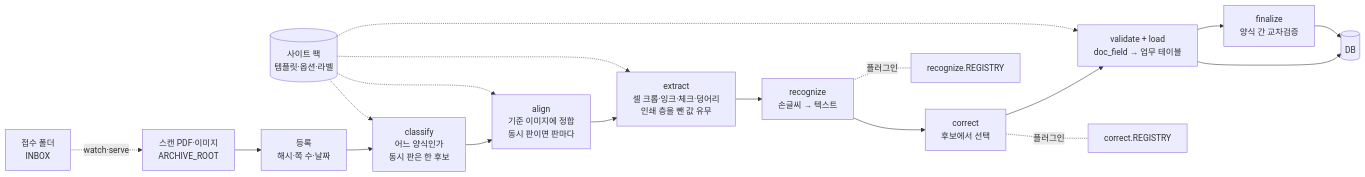
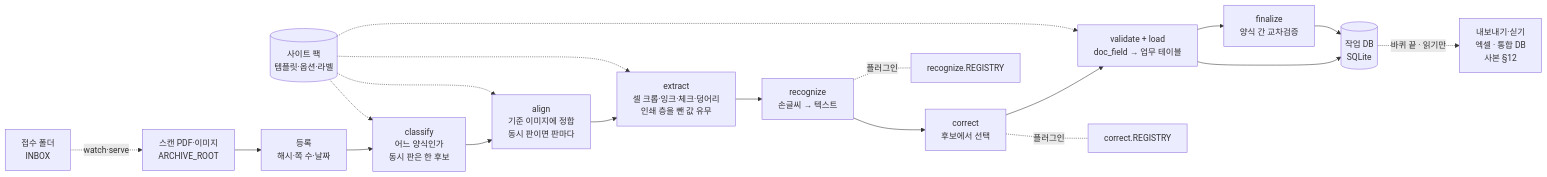
The first of 2 diagrams in docs/ARCHITECTURE.md (junhpark/mine-docscan), drawn with Mermaid before and after one commit. The commit also changed other lines of this file and 63 other files, not shown here.

````diff
--- a/docs/ARCHITECTURE.md
+++ b/docs/ARCHITECTURE.md
@@ -27,17 +28,18 @@
 ```mermaid
 flowchart LR
   IN[접수 폴더<br/>INBOX] -.watch·serve.-> A
   A[스캔 PDF·이미지<br/>ARCHIVE_ROOT] --> B[등록<br/>해시·쪽 수·날짜]
   B --> C[classify<br/>어느 양식인가<br/>동시 판은 한 후보]
   C --> D[align<br/>기준 이미지에 정합<br/>동시 판이면 판마다]
   D --> E[extract<br/>셀 크롭·잉크·체크·덩어리<br/>인쇄 층을 뺀 값 유무]
   E --> F[recognize<br/>손글씨 → 텍스트]
   F --> G[correct<br/>후보에서 선택]
   G --> H[validate + load<br/>doc_field → 업무 테이블]
   H --> I[finalize<br/>양식 간 교차검증]
   SP[(사이트 팩<br/>템플릿·옵션·라벨)] -.-> C & D & E & H
   F -.플러그인.- R[recognize.REGISTRY]
   G -.플러그인.- K[correct.REGISTRY]
-  H --> DB[(DB)]
+  H --> DB[(작업 DB<br/>SQLite)]
   I --> DB
+  DB -.바퀴 끝 · 읽기만.-> X[내보내기·싣기<br/>엑셀 · 통합 DB<br/>사본 §12]
 ```
````
